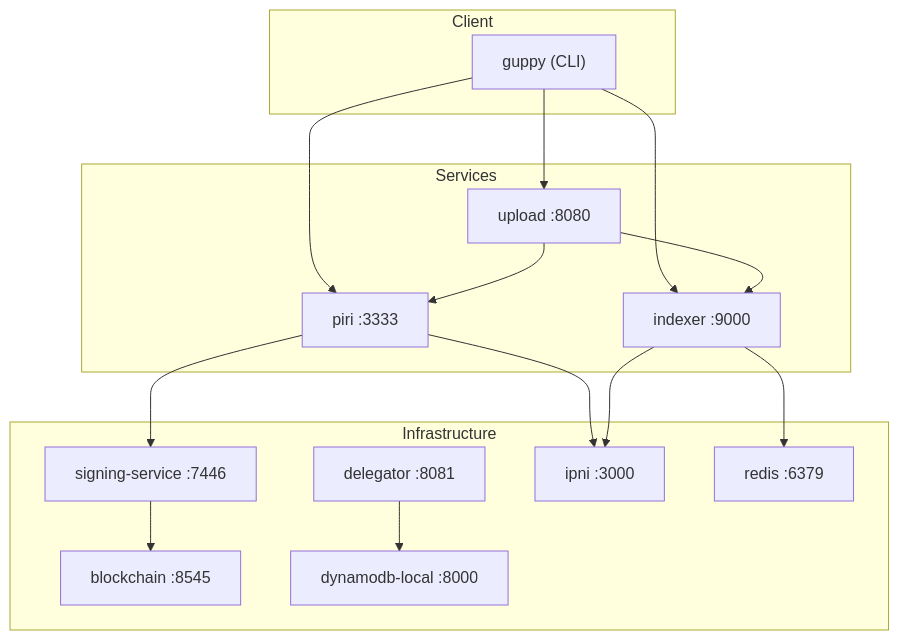
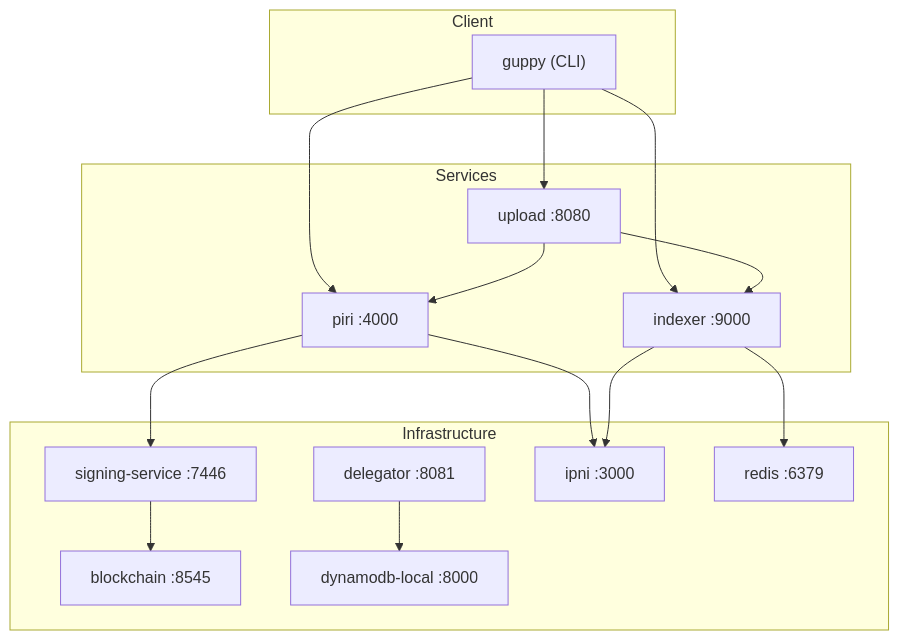
One commit to fil-forge/forge changed the diagram in smelt/README.md. Above: the diagram before and after it, drawn with Mermaid. The commit also changed other lines of this file and 49 other files, not shown here.

````diff
--- a/smelt/README.md
+++ b/smelt/README.md
@@ -68,36 +68,36 @@
 ```mermaid
 flowchart TB
     subgraph Client
         guppy["guppy (CLI)"]
     end
 
     subgraph Services
         upload["upload :8080"]
-        piri["piri :3333"]
+        piri["piri :4000"]
         indexer["indexer :9000"]
     end
 
     subgraph Infrastructure
         blockchain["blockchain :8545"]
         signing["signing-service :7446"]
         delegator["delegator :8081"]
         ipni["ipni :3000"]
         redis["redis :6379"]
         dynamodb["dynamodb-local :8000"]
     end
 
     guppy --> upload
     guppy --> piri
     guppy --> indexer
 
     upload --> piri
     upload --> indexer
 
     piri --> signing
     piri --> ipni
     signing --> blockchain
 
     delegator --> dynamodb
     indexer --> redis
     indexer --> ipni
 ```
````
